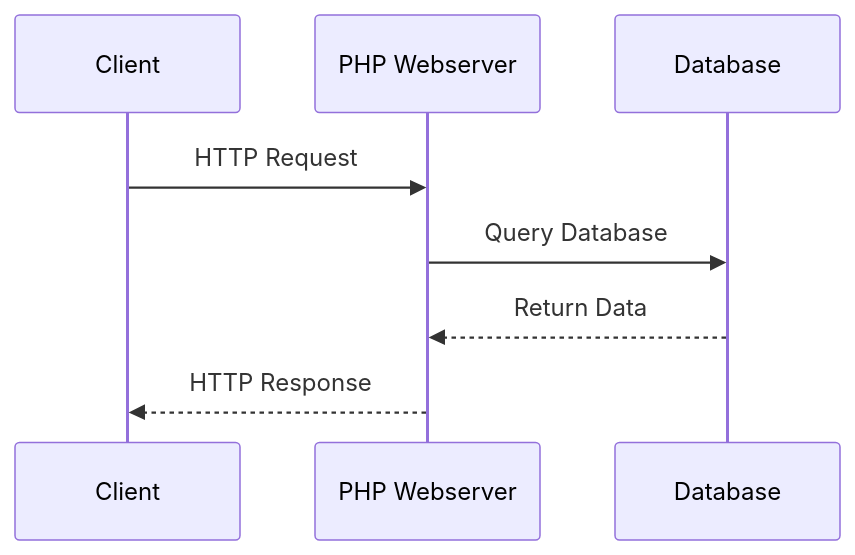
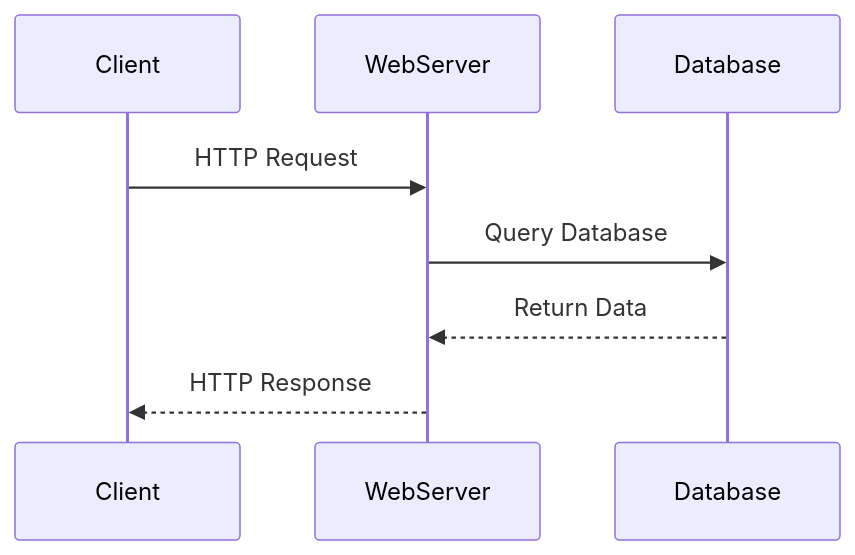
Before and after one commit to Lake-Tuggeranong-College/Holocron: the first of 2 diagrams in _Certificate III E Course/WebDev/_slides/Slides - Development Process.md, drawn with Mermaid.

Commit message:
content update: 2026-02-06 08:33:48

````diff
--- a/_Certificate III E Course/WebDev/_slides/Slides - Development Process.md
+++ b/_Certificate III E Course/WebDev/_slides/Slides - Development Process.md
@@ -47,11 +47,11 @@
 ```mermaid
 sequenceDiagram
     participant Client
-    participant WebServer as PHP Webserver
+    participant WebServer
     participant Database
 
     Client->>WebServer: HTTP Request
     WebServer->>Database: Query Database
     Database-->>WebServer: Return Data
     WebServer-->>Client: HTTP Response
 ```
````
